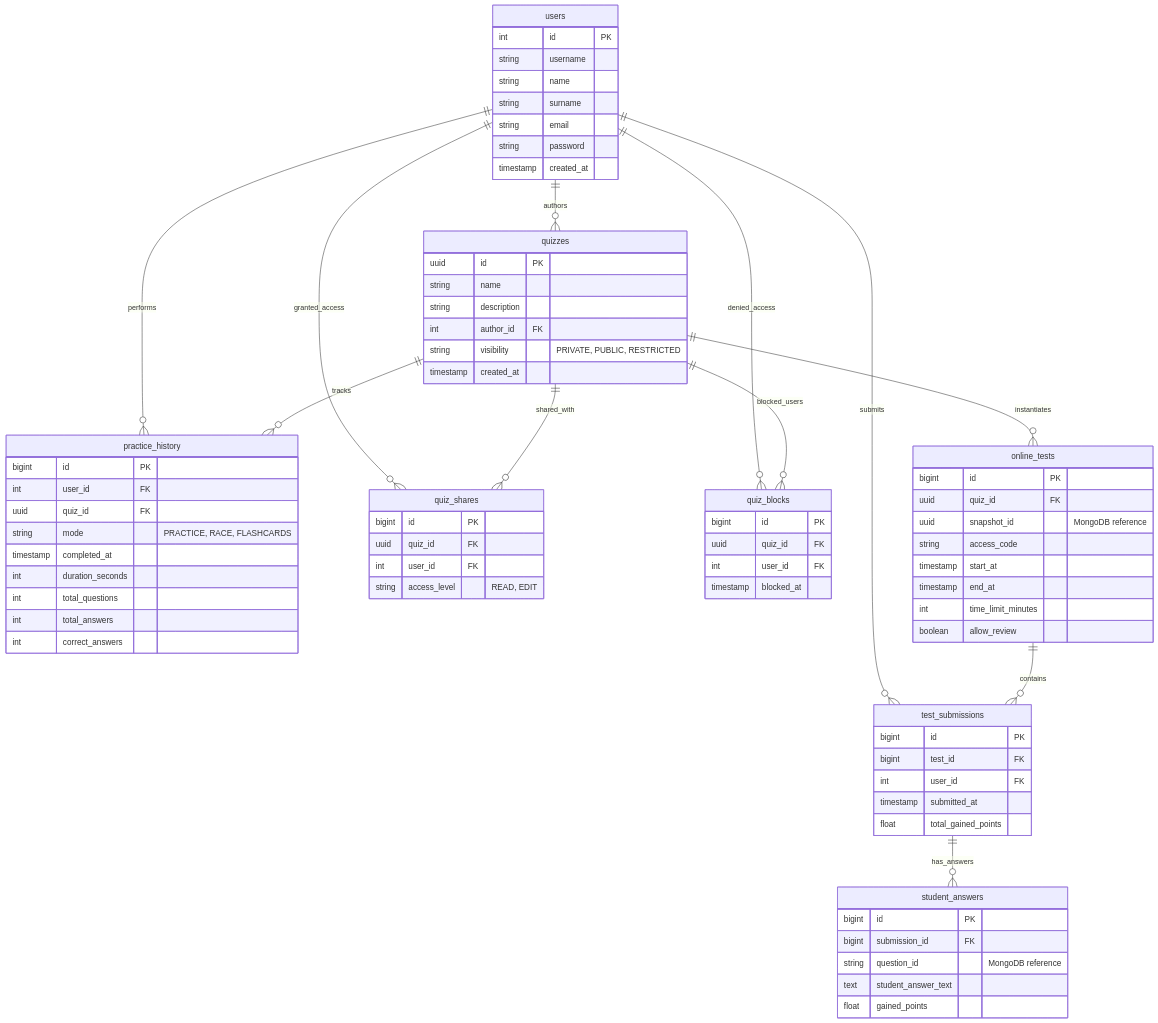
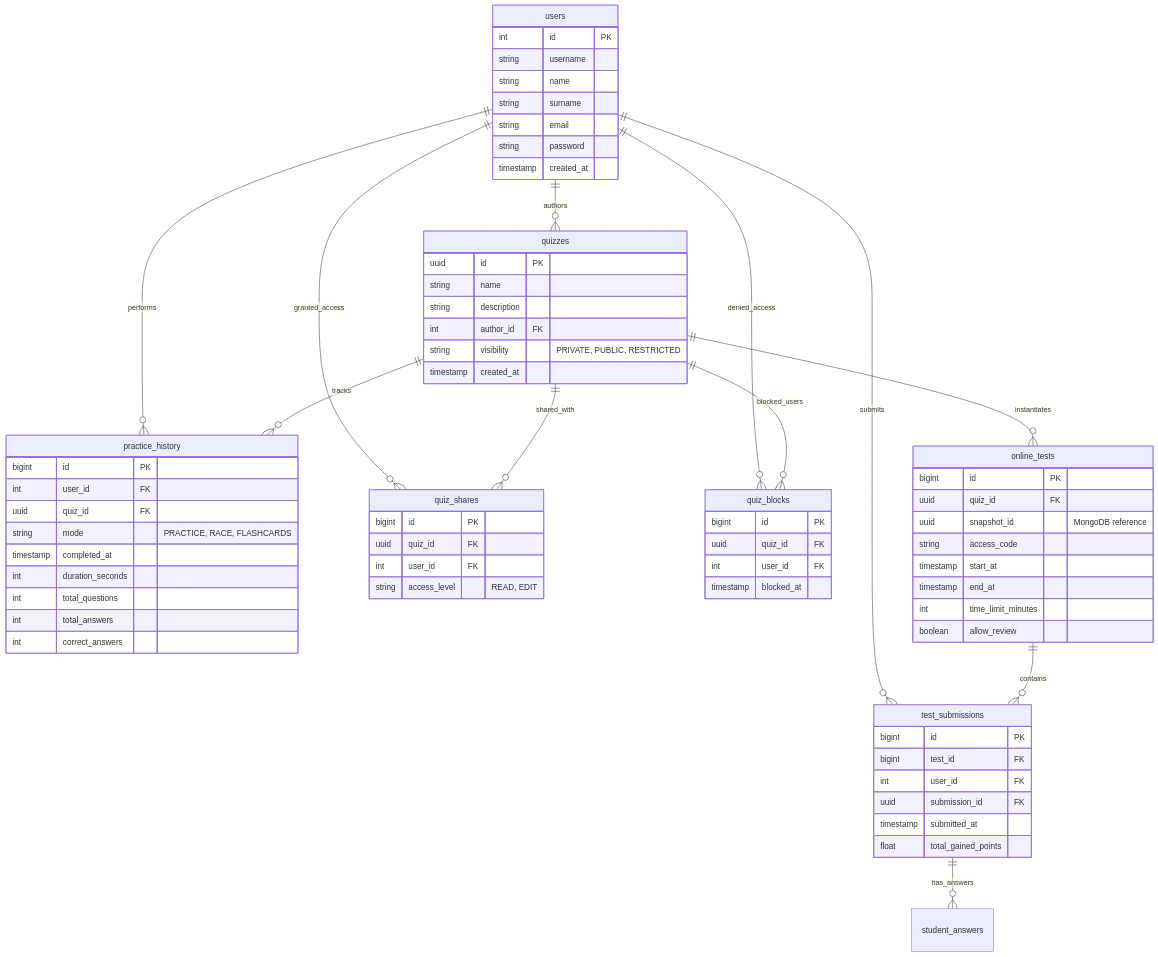
The diagram in README.md (azakhardev/Examo), drawn with Mermaid before and after one commit. The commit also changed 21 other files, not shown here.

````diff
--- a/README.md
+++ b/README.md
@@ -17,81 +17,75 @@
 ```mermaid
 erDiagram
     users ||--o{ quizzes : "authors"
     users ||--o{ test_submissions : "submits"
     users ||--o{ practice_history : "performs"
     users ||--o{ quiz_shares : "granted_access"
     users ||--o{ quiz_blocks : "denied_access"
 
     quizzes ||--o{ online_tests : "instantiates"
     quizzes ||--o{ practice_history : "tracks"
     quizzes ||--o{ quiz_shares : "shared_with"
     quizzes ||--o{ quiz_blocks : "blocked_users"
 
     online_tests ||--o{ test_submissions : "contains"
     test_submissions ||--o{ student_answers : "has_answers"
 
     users {
         int id PK
         string username
         string name
         string surname
         string email
         string password
         timestamp created_at
     }
     quizzes {
         uuid id PK
         string name
         string description
         int author_id FK
         string visibility "PRIVATE, PUBLIC, RESTRICTED"
         timestamp created_at
     }
     quiz_shares {
         bigint id PK
         uuid quiz_id FK
         int user_id FK
         string access_level "READ, EDIT"
     }
     quiz_blocks {
         bigint id PK
         uuid quiz_id FK
         int user_id FK
         timestamp blocked_at
     }
     online_tests {
         bigint id PK
         uuid quiz_id FK
         uuid snapshot_id "MongoDB reference"
         string access_code
         timestamp start_at
         timestamp end_at
         int time_limit_minutes
         boolean allow_review
     }
     test_submissions {
         bigint id PK
         bigint test_id FK
         int user_id FK
+        uuid submission_id FK
         timestamp submitted_at
         float total_gained_points
-    }
-    student_answers {
-        bigint id PK
-        bigint submission_id FK
-        string question_id "MongoDB reference"
-        text student_answer_text
-        float gained_points
     }
     practice_history {
         bigint id PK
         int user_id FK
         uuid quiz_id FK
         string mode "PRACTICE, RACE, FLASHCARDS"
         timestamp completed_at
         int duration_seconds
         int total_questions
         int total_answers
         int correct_answers
     }
 ```
````
